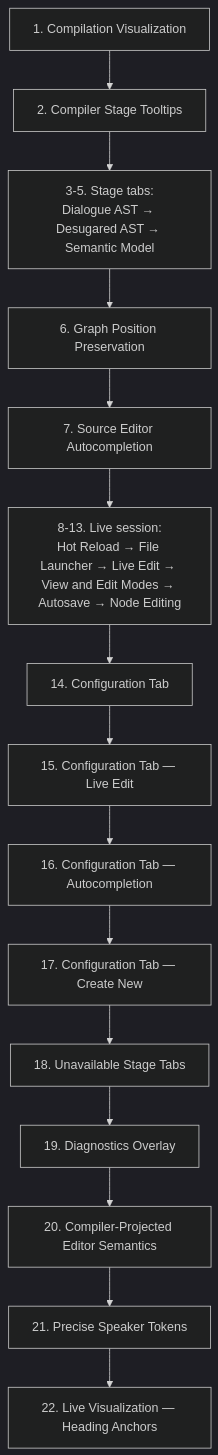
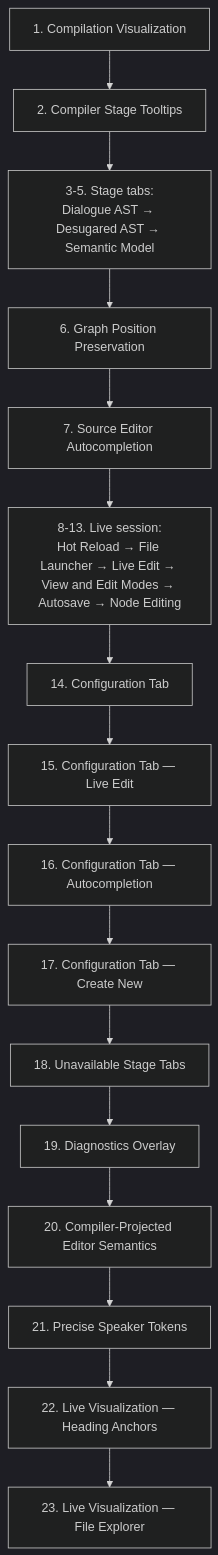
One commit to pengzhengyi/dialoguedown changed the third of 4 diagrams in docs/contributing/design-notes/README.md. Above: the diagram before and after it, drawn with Mermaid (dark theme). The commit also changed other lines of this file and 2 other files, not shown here.

Commit message:
docs(design): add the live visualization file explorer note
Design the served report's collapsible Explorer sidebar — folding the launcher
into the report so a writer browses the project tree, sees the active script,
opens another by click or cross-file link, and creates one. Records the settled
decisions: converge every served report on the launcher's project server, root
at the resolved serve root, save-mode-aware navigation (Auto flush, Manual
prompt), and Explorer in the UI with project vocabulary in the model. Precursor
to the cross-file jump project view.

````diff
--- a/docs/contributing/design-notes/README.md
+++ b/docs/contributing/design-notes/README.md
@@ -137,17 +137,18 @@
 ```mermaid
 flowchart TB
     CV["1. Compilation Visualization"] --> TT["2. Compiler Stage Tooltips"]
     TT --> TABS["3-5. Stage tabs:<br/>Dialogue AST → Desugared AST → Semantic Model"]
     TABS --> GX["6. Graph Position Preservation"]
     GX --> AC["7. Source Editor Autocompletion"]
     AC --> LIVE["8-13. Live session:<br/>Hot Reload → File Launcher → Live Edit → View and Edit Modes → Autosave → Node Editing"]
     LIVE --> CFG["14. Configuration Tab"]
     CFG --> CFGLE["15. Configuration Tab — Live Edit"]
     CFGLE --> CFGAC["16. Configuration Tab — Autocompletion"]
     CFGAC --> CFGCN["17. Configuration Tab — Create New"]
     CFGCN --> UST["18. Unavailable Stage Tabs"]
     UST --> DGO["19. Diagnostics Overlay"]
     DGO --> CPE["20. Compiler-Projected Editor Semantics"]
     CPE --> PST["21. Precise Speaker Tokens"]
     PST --> HA["22. Live Visualization — Heading Anchors"]
+    HA --> FE["23. Live Visualization — File Explorer"]
 ```
````
